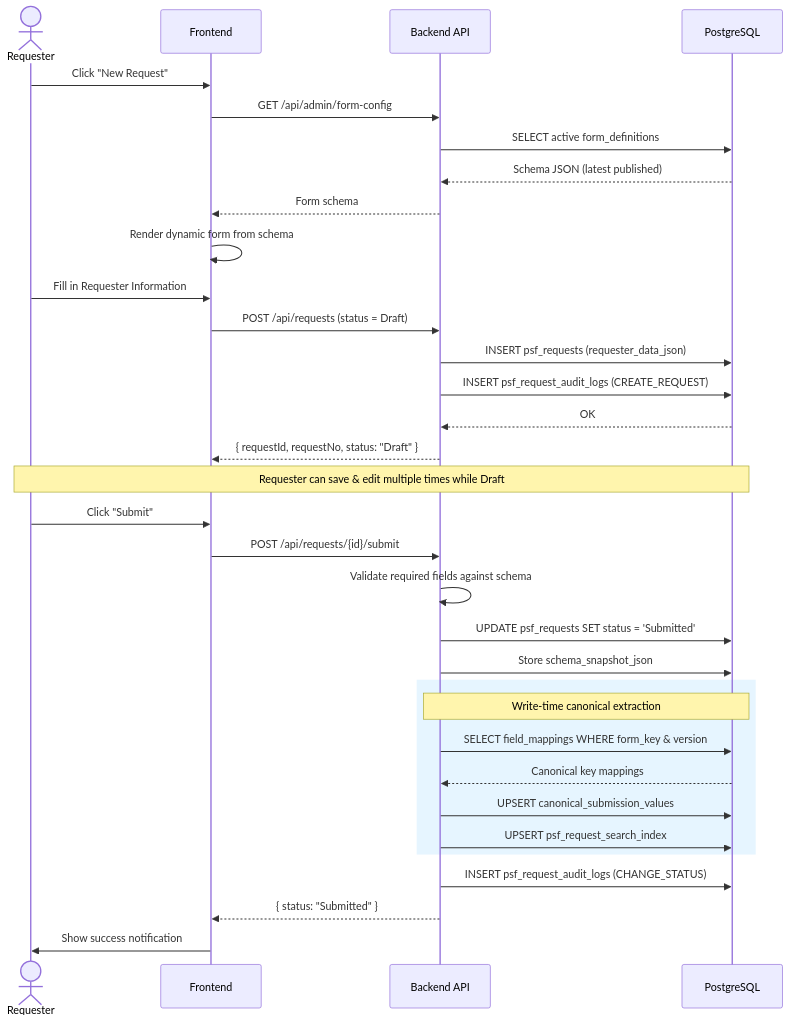
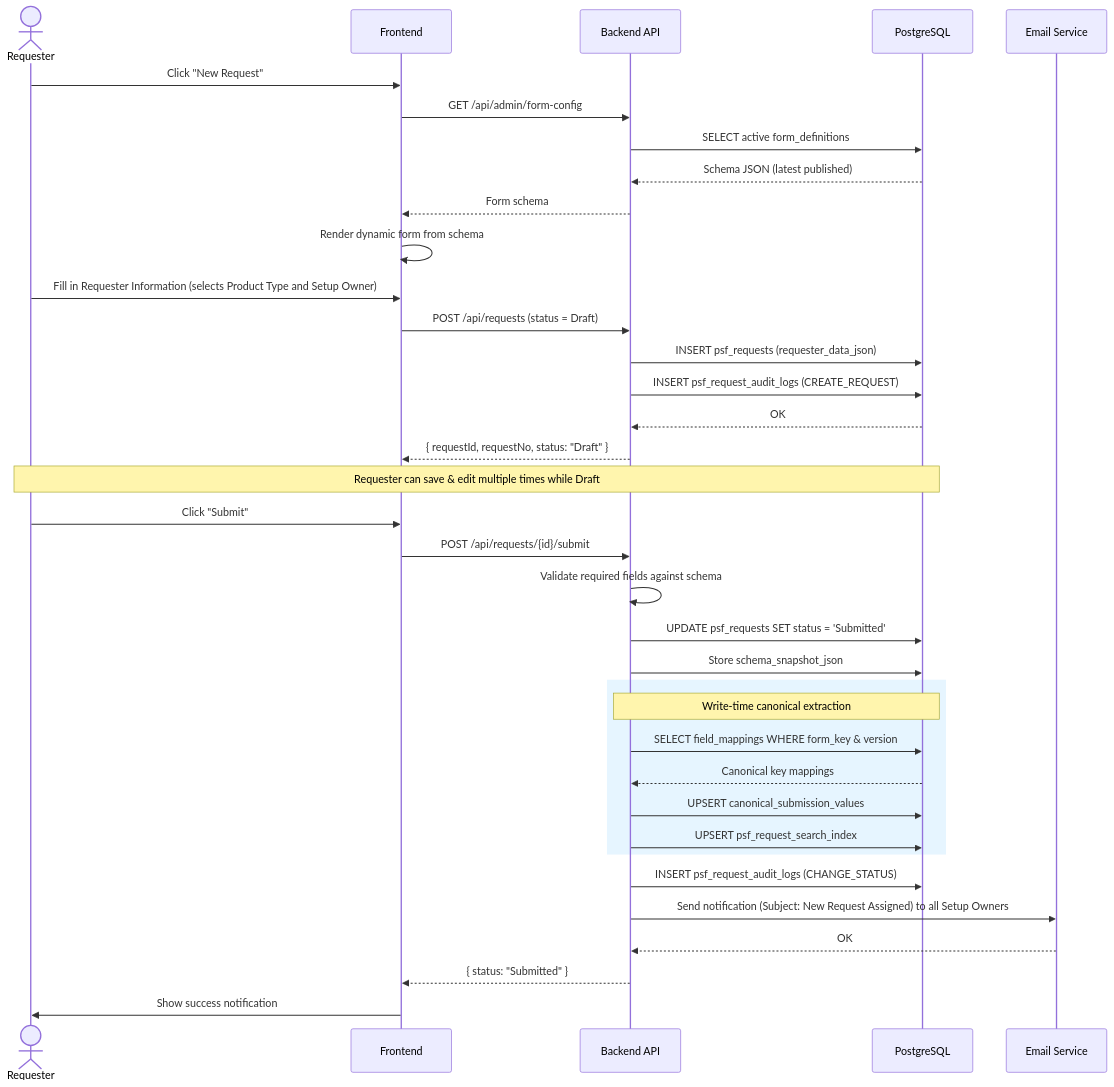
One commit to Kasidet4531/Web-Request-setup-file changed the eighth of 14 diagrams in docs/diagrams.md. Above: the diagram before and after it, drawn with Mermaid. The commit also changed other lines of this file and 2 other files, not shown here.

Commit message:
docs: add setup owner sub-roles, product type, and email notifications

````diff
--- a/docs/diagrams.md
+++ b/docs/diagrams.md
@@ -464,43 +464,46 @@
 ```mermaid
 sequenceDiagram
     actor Requester
     participant FE as Frontend
     participant BE as Backend API
     participant DB as PostgreSQL
+    participant Email as Email Service
 
     Requester ->> FE: Click "New Request"
     FE ->> BE: GET /api/admin/form-config
     BE ->> DB: SELECT active form_definitions
     DB -->> BE: Schema JSON (latest published)
     BE -->> FE: Form schema
 
     FE ->> FE: Render dynamic form from schema
 
-    Requester ->> FE: Fill in Requester Information
+    Requester ->> FE: Fill in Requester Information (selects Product Type and Setup Owner)
     FE ->> BE: POST /api/requests (status = Draft)
     BE ->> DB: INSERT psf_requests (requester_data_json)
     BE ->> DB: INSERT psf_request_audit_logs (CREATE_REQUEST)
     DB -->> BE: OK
     BE -->> FE: { requestId, requestNo, status: "Draft" }
 
     Note over Requester, DB: Requester can save & edit multiple times while Draft
 
     Requester ->> FE: Click "Submit"
     FE ->> BE: POST /api/requests/{id}/submit
 
     BE ->> BE: Validate required fields against schema
     BE ->> DB: UPDATE psf_requests SET status = 'Submitted'
     BE ->> DB: Store schema_snapshot_json
 
     rect rgb(230, 245, 255)
         Note over BE, DB: Write-time canonical extraction
         BE ->> DB: SELECT field_mappings WHERE form_key & version
         DB -->> BE: Canonical key mappings
         BE ->> DB: UPSERT canonical_submission_values
         BE ->> DB: UPSERT psf_request_search_index
     end
 
     BE ->> DB: INSERT psf_request_audit_logs (CHANGE_STATUS)
+    BE ->> Email: Send notification (Subject: New Request Assigned) to all Setup Owners
+    Email -->> BE: OK
     BE -->> FE: { status: "Submitted" }
     FE ->> Requester: Show success notification
 ```
````
